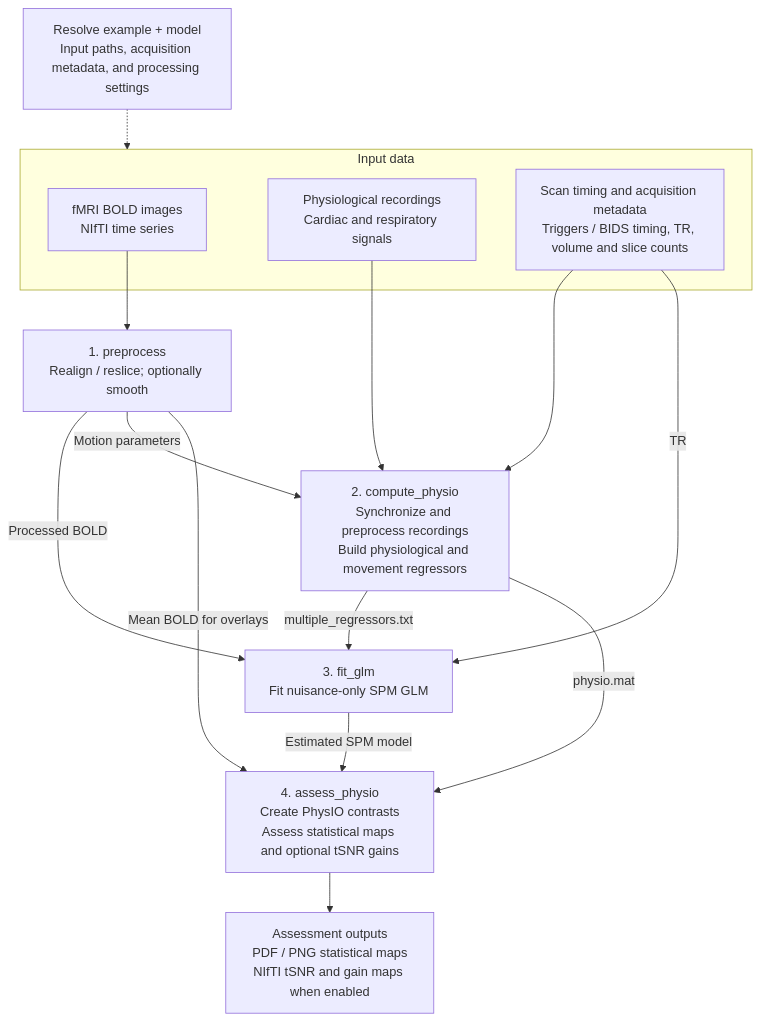
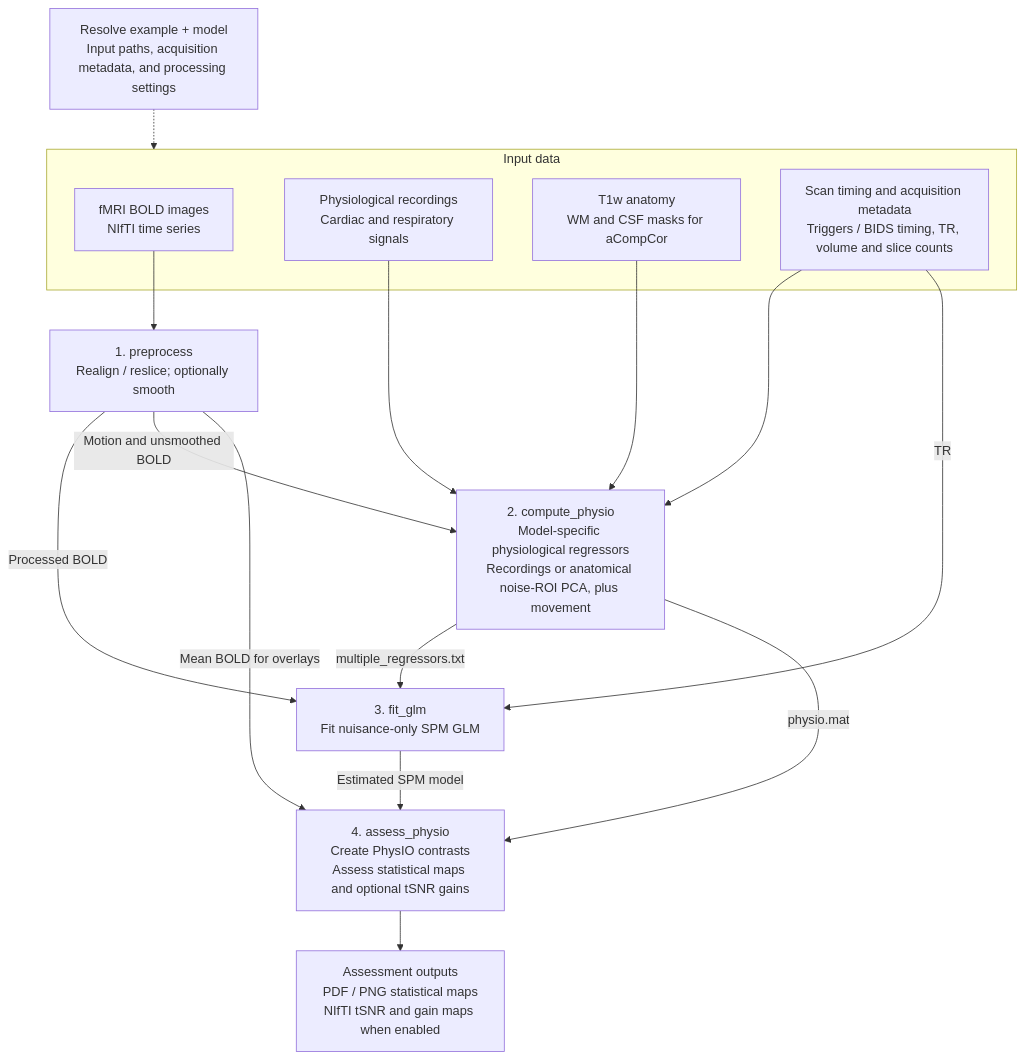
Before and after one commit to likeajumprope/PhysIO-4-All: the diagram in README.md, drawn with Mermaid. The commit also changed other lines of this file and 12 other files, not shown here.

Commit message:
feat: integrate aCompCor variants and RETROICOR model combinations

````diff
--- a/README.md
+++ b/README.md
@@ -150,23 +174,25 @@
 ```mermaid
 flowchart TD
     config["Resolve example + model<br/>Input paths, acquisition metadata, and processing settings"]
 
     subgraph inputs["Input data"]
         bold["fMRI BOLD images<br/>NIfTI time series"]
         recordings["Physiological recordings<br/>Cardiac and respiratory signals"]
+        anatomy["T1w anatomy<br/>WM and CSF masks for aCompCor"]
         timing["Scan timing and acquisition metadata<br/>Triggers / BIDS timing, TR, volume and slice counts"]
     end
 
     config -.-> inputs
     bold --> preprocess["1. preprocess<br/>Realign / reslice; optionally smooth"]
     preprocess -->|Processed BOLD| glm["3. fit_glm<br/>Fit nuisance-only SPM GLM"]
-    preprocess -->|Motion parameters| physio["2. compute_physio<br/>Synchronize and preprocess recordings<br/>Build physiological and movement regressors"]
+    preprocess -->|Motion and unsmoothed BOLD| physio["2. compute_physio<br/>Model-specific physiological regressors<br/>Recordings or anatomical noise-ROI PCA, plus movement"]
     recordings --> physio
+    anatomy --> physio
     timing --> physio
     timing -->|TR| glm
     physio -->|multiple_regressors.txt| glm
     physio -->|physio.mat| assess["4. assess_physio<br/>Create PhysIO contrasts<br/>Assess statistical maps and optional tSNR gains"]
     glm -->|Estimated SPM model| assess
     preprocess -->|Mean BOLD for overlays| assess
     assess --> reports["Assessment outputs<br/>PDF / PNG statistical maps<br/>NIfTI tSNR and gain maps when enabled"]
 ```
````
